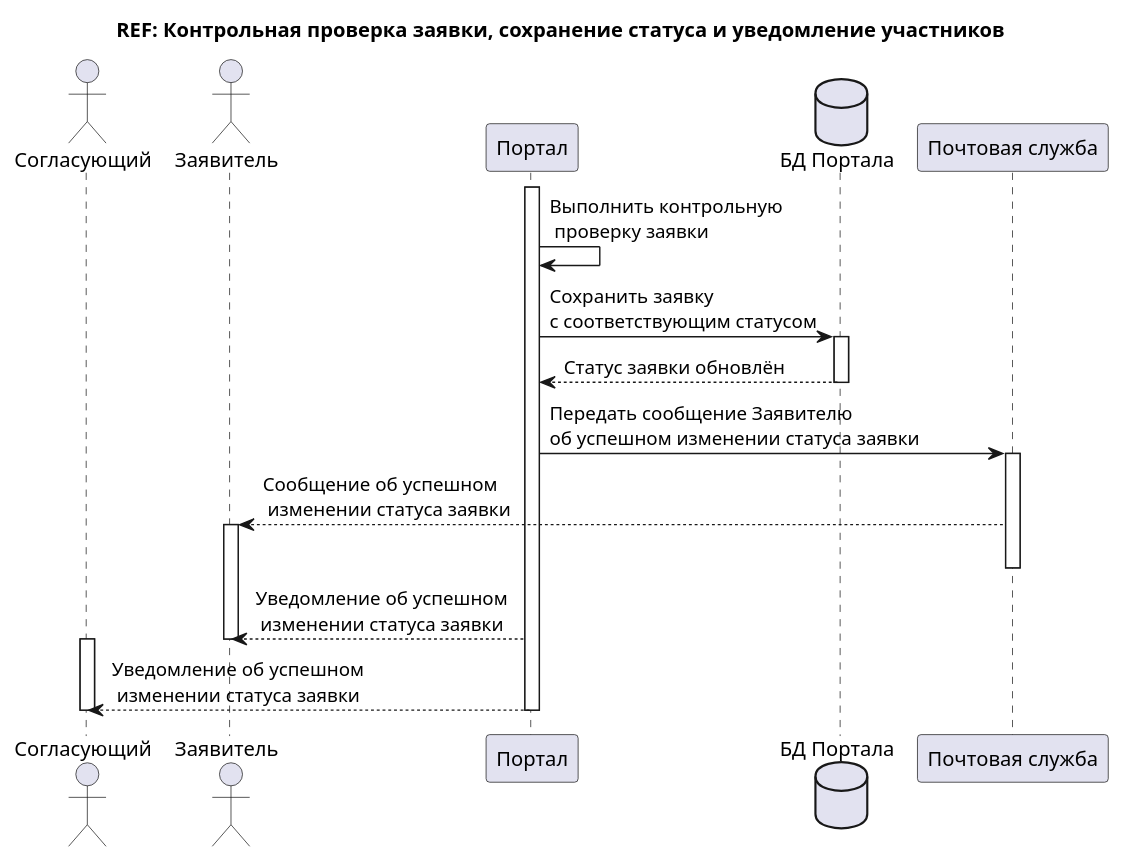
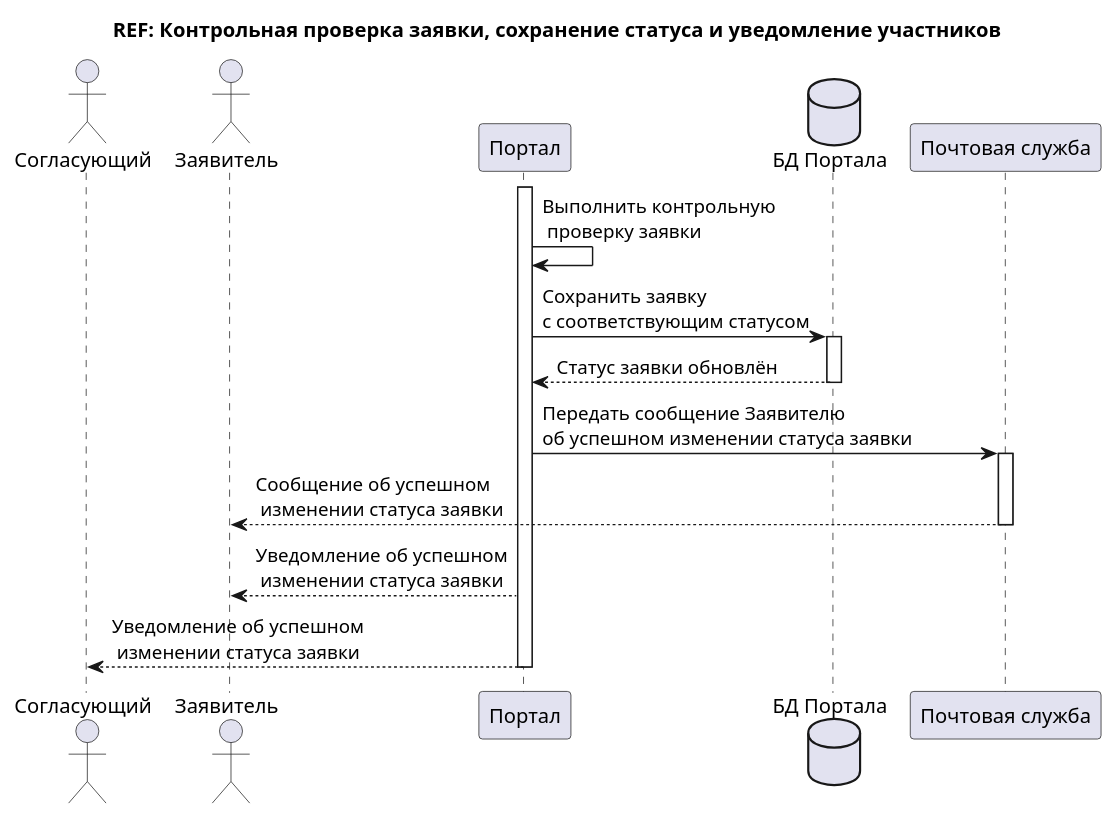
The second of 2 diagrams in source/sequence/UC-03_sequence_review_request.puml (TrofimovMax/Information-Security-System), drawn with PlantUML before and after one commit. The commit also changed other lines of this file, not shown here.

Commit message:
improvement: removes active bars for Requester and Approver for sequence UC-03

```diff
--- a/source/sequence/UC-03_sequence_review_request.puml
+++ b/source/sequence/UC-03_sequence_review_request.puml
@@ -267,28 +232,25 @@
 @startuml REF_UpdateStatusAndNotify
 title REF: Контрольная проверка заявки, сохранение статуса и уведомление участников
 
 actor "Согласующий" as Approver
 actor "Заявитель" as Requester
 participant "Портал" as Portal
 database "БД Портала" as DB
 participant "Почтовая служба" as Mail
 
 activate Portal
 Portal -> Portal: Выполнить контрольную\n проверку заявки
 Portal -> DB: Сохранить заявку\nс соответствующим статусом
 activate DB
 DB --> Portal: Статус заявки обновлён
 deactivate DB
 Portal -> Mail: Передать сообщение Заявителю\nоб успешном изменении статуса заявки
 activate Mail
 Mail --> Requester: Cообщение об успешном\n изменении статуса заявки
-activate Requester
 deactivate Mail
 
 Portal --> Requester: Уведомление об успешном\n изменении статуса заявки
-deactivate Requester
-activate Approver
 Portal --> Approver: Уведомление об успешном\n изменении статуса заявки
 deactivate Portal
-deactivate Approver
+
 @enduml
```
